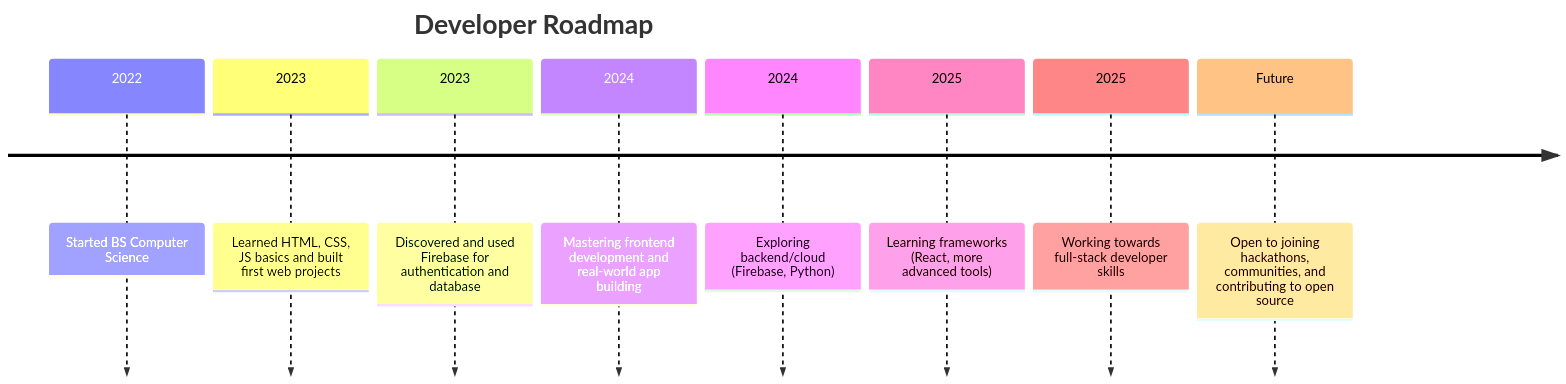
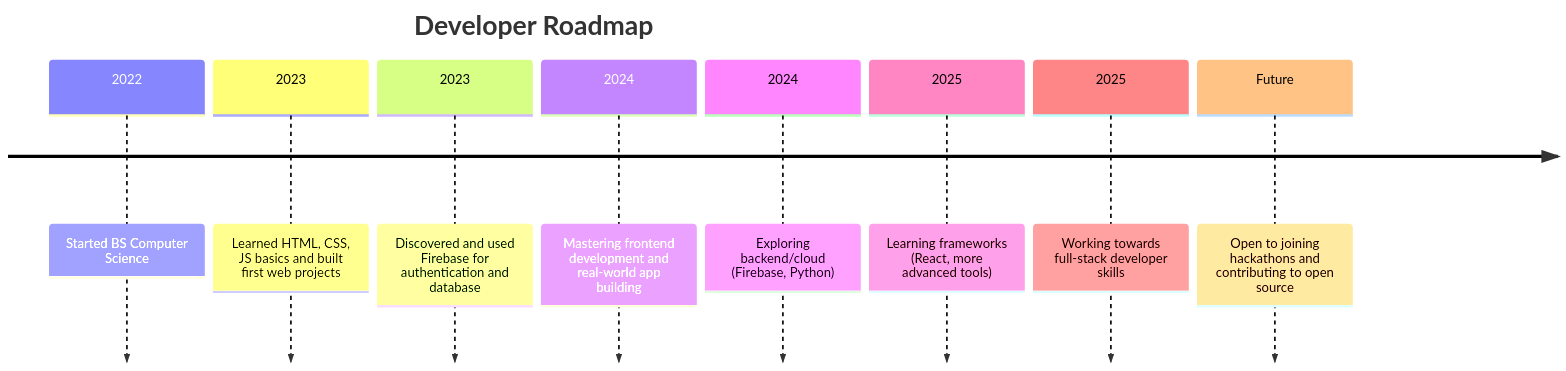
Before and after one commit to MiceDe27/Mice_De: the diagram in README.md, drawn with Mermaid. The commit also changed other lines of this file, not shown here.

Commit message:
Upgrade README: add design to roadmap fallback and confirm MongoDB in tech stack

````diff
--- a/README.md
+++ b/README.md
@@ -82,12 +41,12 @@
 ```mermaid
 timeline
     title Developer Roadmap
     2022 : Started BS Computer Science
     2023 : Learned HTML, CSS, JS basics and built first web projects
     2023 : Discovered and used Firebase for authentication and database
     2024 : Mastering frontend development and real-world app building
     2024 : Exploring backend/cloud (Firebase, Python)
     2025 : Learning frameworks (React, more advanced tools)
     2025 : Working towards full-stack developer skills
-    Future : Open to joining hackathons, communities, and contributing to open source
+    Future : Open to joining hackathons and contributing to open source
 ```
````
